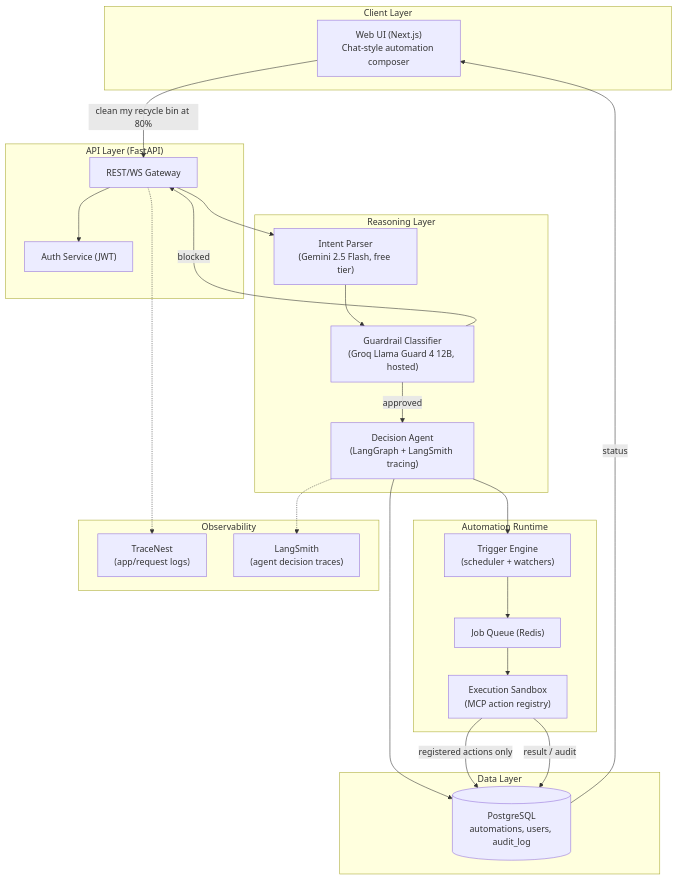
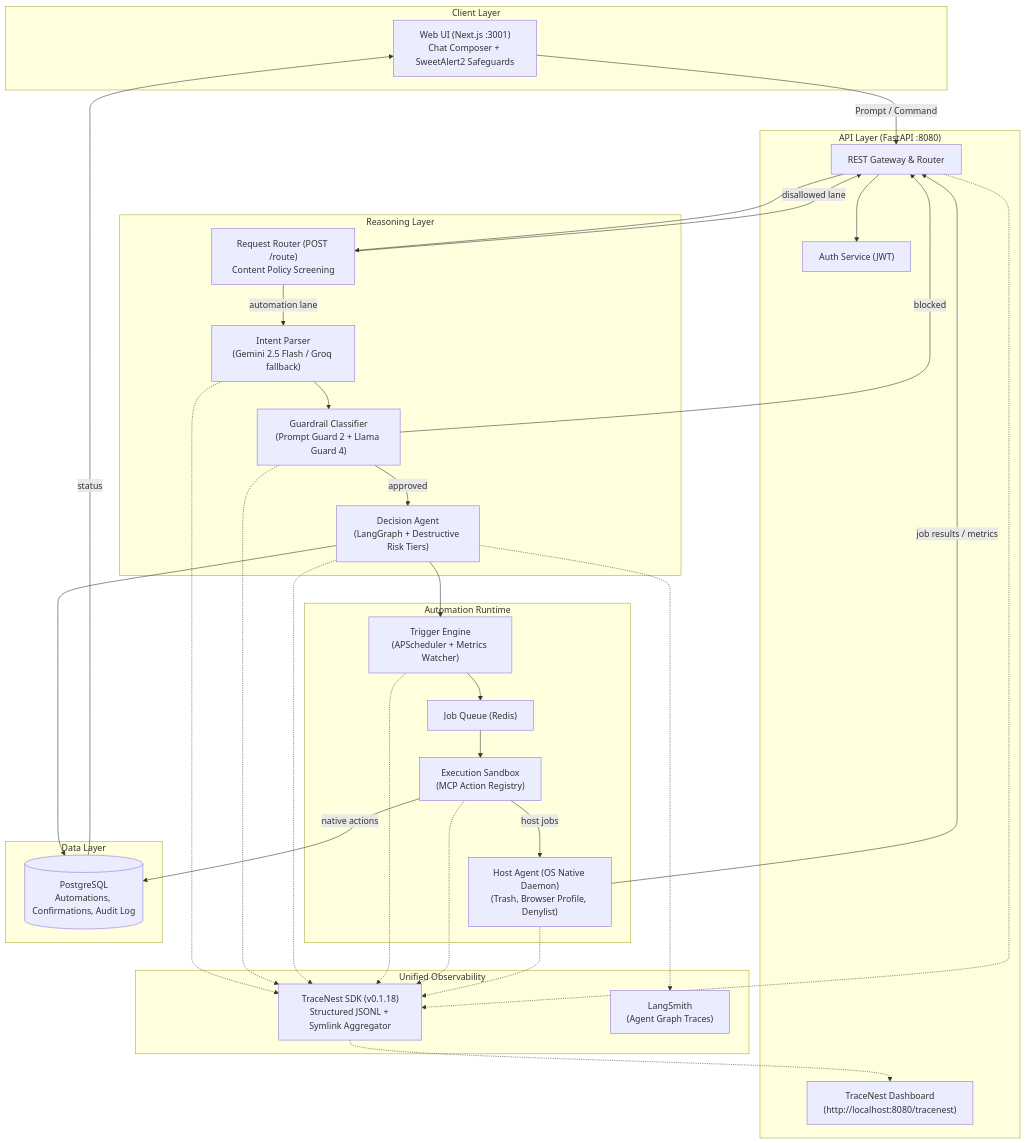
The diagram in docs/diagrams/architecture.mmd (vishwajitvm/NL-Automation-Platform), drawn with Mermaid before and after one commit. The commit also changed 6 other files, not shown here.

First line of the commit message:
Enhance system architecture and observability features

```diff
--- a/docs/diagrams/architecture.mmd
+++ b/docs/diagrams/architecture.mmd
@@ -1,46 +1,61 @@
 flowchart TB
     subgraph Client["Client Layer"]
-        UI["Web UI (Next.js)\nChat-style automation composer"]
+        UI["Web UI (Next.js :3001)\nChat Composer + SweetAlert2 Safeguards"]
     end
 
-    subgraph Gateway["API Layer (FastAPI)"]
-        API["REST/WS Gateway"]
+    subgraph Gateway["API Layer (FastAPI :8080)"]
+        API["REST Gateway & Router"]
         AUTH["Auth Service (JWT)"]
+        TNDASH["TraceNest Dashboard\n(http://localhost:8080/tracenest)"]
     end
 
     subgraph Brain["Reasoning Layer"]
-        PARSE["Intent Parser\n(Gemini 2.5 Flash, free tier)"]
-        GUARD["Guardrail Classifier\n(Groq Llama Guard 4 12B, hosted)"]
-        AGENT["Decision Agent\n(LangGraph + LangSmith tracing)"]
+        ROUTER["Request Router (POST /route)\nContent Policy Screening"]
+        PARSE["Intent Parser\n(Gemini 2.5 Flash / Groq fallback)"]
+        GUARD["Guardrail Classifier\n(Prompt Guard 2 + Llama Guard 4)"]
+        AGENT["Decision Agent\n(LangGraph + Destructive Risk Tiers)"]
     end
 
     subgraph Runtime["Automation Runtime"]
-        TRIGGER["Trigger Engine\n(scheduler + watchers)"]
+        TRIGGER["Trigger Engine\n(APScheduler + Metrics Watcher)"]
         QUEUE["Job Queue (Redis)"]
-        EXEC["Execution Sandbox\n(MCP action registry)"]
+        EXEC["Execution Sandbox\n(MCP Action Registry)"]
+        HOST["Host Agent (OS Native Daemon)\n(Trash, Browser Profile, Denylist)"]
     end
 
     subgraph Data["Data Layer"]
-        PG[("PostgreSQL\nautomations, users, audit_log")]
+        PG[("PostgreSQL\nAutomations, Confirmations, Audit Log")]
     end
 
-    subgraph Obs["Observability"]
-        TN["TraceNest\n(app/request logs)"]
-        LS["LangSmith\n(agent decision traces)"]
+    subgraph Obs["Unified Observability"]
+        TN["TraceNest SDK (v0.1.18)\nStructured JSONL + Symlink Aggregator"]
+        LS["LangSmith\n(Agent Graph Traces)"]
     end
 
-    UI -->|"clean my recycle bin at 80%"| API
+    UI -->|"Prompt / Command"| API
     API --> AUTH
-    API --> PARSE
+    API --> ROUTER
+    ROUTER -->|"automation lane"| PARSE
+    ROUTER -->|"disallowed lane"| API
     PARSE --> GUARD
     GUARD -->|blocked| API
     GUARD -->|approved| AGENT
     AGENT --> PG
     AGENT --> TRIGGER
     TRIGGER --> QUEUE
     QUEUE --> EXEC
-    EXEC -->|registered actions only| PG
-    EXEC -->|result / audit| PG
+    EXEC -->|host jobs| HOST
+    EXEC -->|native actions| PG
+    HOST -->|job results / metrics| API
     PG -->|status| UI
+
+    %% Observability Streams
     API -.-> TN
+    PARSE -.-> TN
+    GUARD -.-> TN
+    AGENT -.-> TN
+    TRIGGER -.-> TN
+    EXEC -.-> TN
+    HOST -.-> TN
+    TN -.-> TNDASH
     AGENT -.-> LS
```
